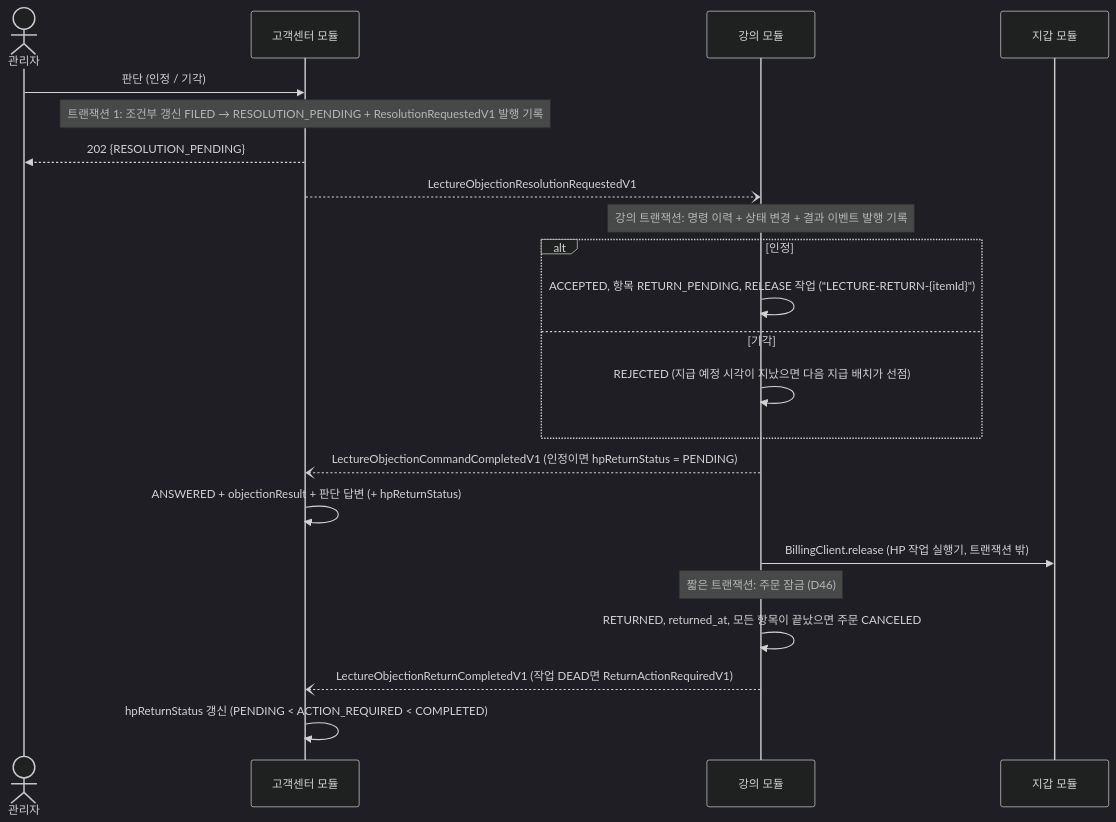
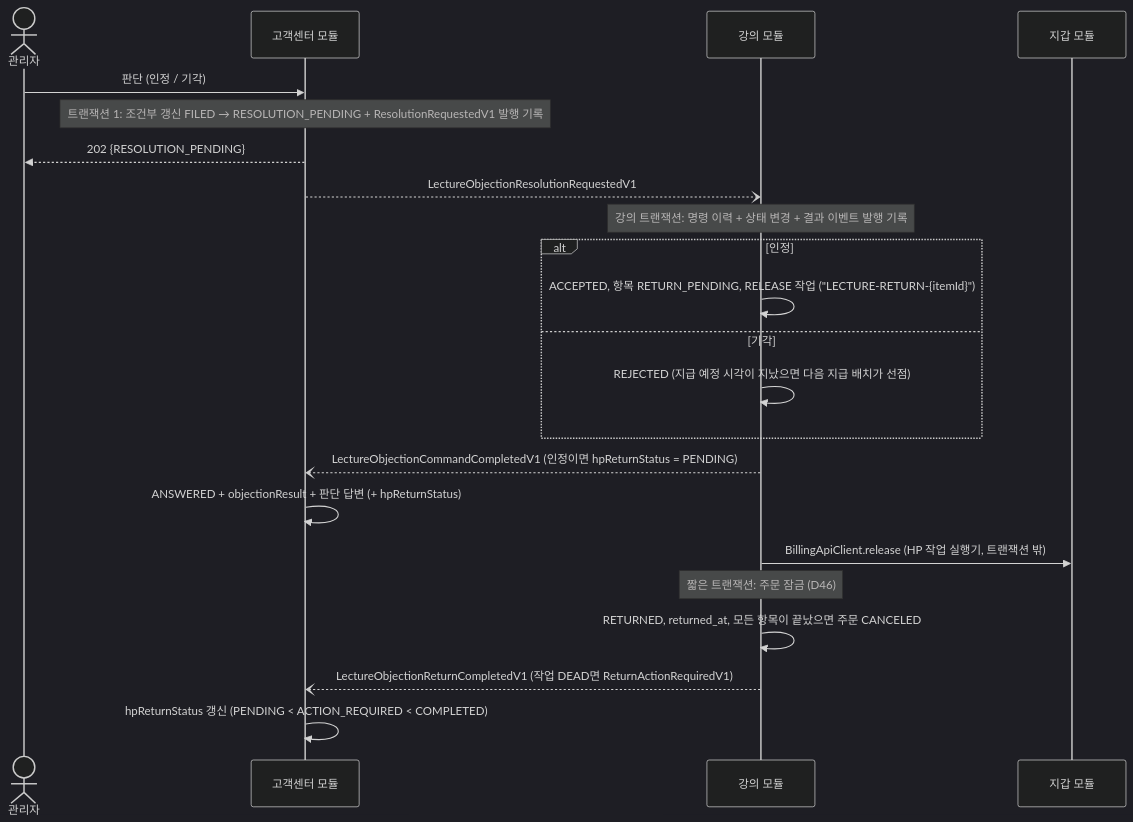
One commit to prgrms-be-adv-devcourse/beadv8_8_LMS_BE changed the ninth of 9 diagrams in docs/design/lecture-module.md. Above: the diagram before and after it, drawn with Mermaid (dark theme). The commit also changed other lines of this file, not shown here.

````diff
--- a/docs/design/lecture-module.md
+++ b/docs/design/lecture-module.md
@@ -643,24 +649,24 @@
 ```mermaid
 sequenceDiagram
     actor A as 관리자
     participant CS as 고객센터 모듈
     participant LEC as 강의 모듈
     participant WAL as 지갑 모듈
     A->>CS: 판단 (인정 / 기각)
     Note over CS: 트랜잭션 1: 조건부 갱신 FILED → RESOLUTION_PENDING + ResolutionRequestedV1 발행 기록
     CS-->>A: 202 {RESOLUTION_PENDING}
     CS--)LEC: LectureObjectionResolutionRequestedV1
     Note over LEC: 강의 트랜잭션: 명령 이력 + 상태 변경 + 결과 이벤트 발행 기록
     alt 인정
         LEC->>LEC: ACCEPTED, 항목 RETURN_PENDING, RELEASE 작업 ("LECTURE-RETURN-{itemId}")
     else 기각
         LEC->>LEC: REJECTED (지급 예정 시각이 지났으면 다음 지급 배치가 선점)
     end
     LEC--)CS: LectureObjectionCommandCompletedV1 (인정이면 hpReturnStatus = PENDING)
     CS->>CS: ANSWERED + objectionResult + 판단 답변 (+ hpReturnStatus)
-    LEC->>WAL: BillingClient.release (HP 작업 실행기, 트랜잭션 밖)
+    LEC->>WAL: BillingApiClient.release (HP 작업 실행기, 트랜잭션 밖)
     Note over LEC: 짧은 트랜잭션: 주문 잠금 (D46)
     LEC->>LEC: RETURNED, returned_at, 모든 항목이 끝났으면 주문 CANCELED
     LEC--)CS: LectureObjectionReturnCompletedV1 (작업 DEAD면 ReturnActionRequiredV1)
     CS->>CS: hpReturnStatus 갱신 (PENDING < ACTION_REQUIRED < COMPLETED)
 ```
````
